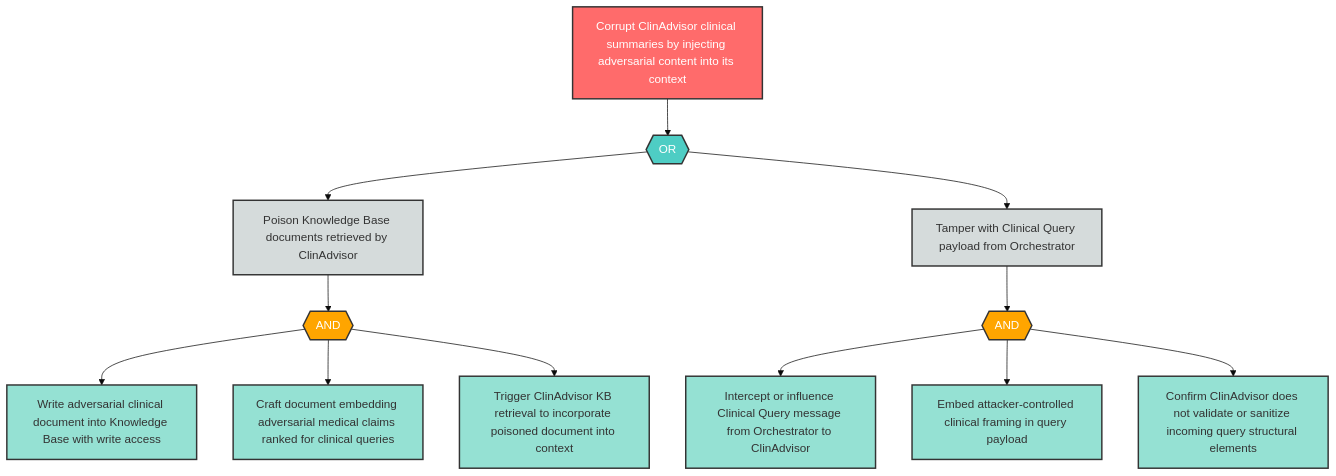
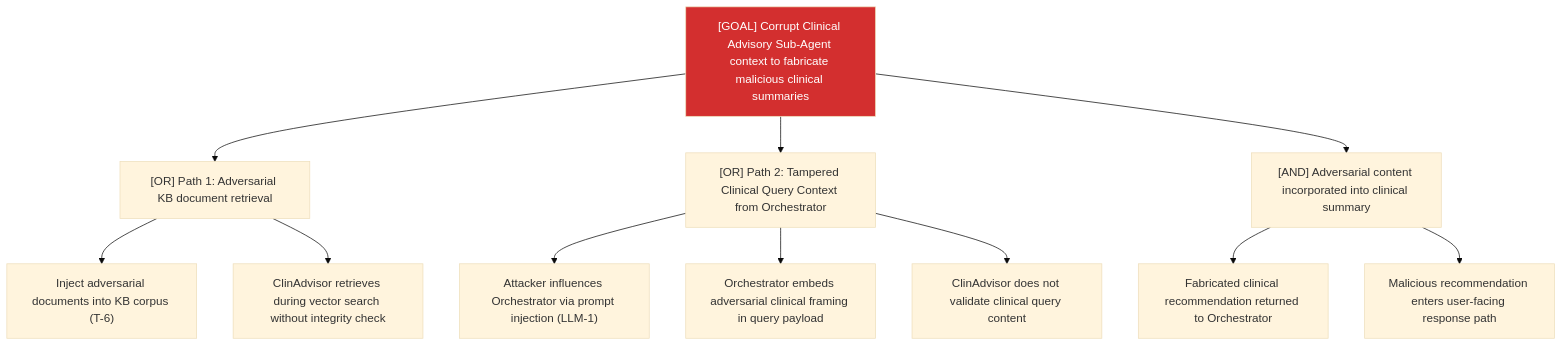
The diagram in examples/agentic-app/sample-report/attack-trees/t-9-attack-tree.md (q-qp-p/davidmatousek-tachi), drawn with Mermaid (base theme) before and after one commit. The commit also changed other lines of this file and 132 other files, not shown here.

````diff
--- a/examples/agentic-app/sample-report/attack-trees/t-9-attack-tree.md
+++ b/examples/agentic-app/sample-report/attack-trees/t-9-attack-tree.md
@@ -8,39 +7,16 @@
 ```mermaid
-flowchart TD
-    T9_root["Corrupt ClinAdvisor clinical summaries by injecting adversarial content into its context"]
-    T9_or1{{"OR"}}
-    T9_sub1["Poison Knowledge Base documents retrieved by ClinAdvisor"]
-    T9_sub2["Tamper with Clinical Query payload from Orchestrator"]
-    T9_and1{{"AND"}}
-    T9_leaf1["Write adversarial clinical document into Knowledge Base with write access"]
-    T9_leaf2["Craft document embedding adversarial medical claims ranked for clinical queries"]
-    T9_leaf3["Trigger ClinAdvisor KB retrieval to incorporate poisoned document into context"]
-    T9_and2{{"AND"}}
-    T9_leaf4["Intercept or influence Clinical Query message from Orchestrator to ClinAdvisor"]
-    T9_leaf5["Embed attacker-controlled clinical framing in query payload"]
-    T9_leaf6["Confirm ClinAdvisor does not validate or sanitize incoming query structural elements"]
-
-    T9_root --> T9_or1
-    T9_or1 --> T9_sub1
-    T9_or1 --> T9_sub2
-    T9_sub1 --> T9_and1
-    T9_and1 --> T9_leaf1
-    T9_and1 --> T9_leaf2
-    T9_and1 --> T9_leaf3
-    T9_sub2 --> T9_and2
-    T9_and2 --> T9_leaf4
-    T9_and2 --> T9_leaf5
-    T9_and2 --> T9_leaf6
-
-    classDef goal fill:#ff6b6b,stroke:#333,stroke-width:2px,color:#fff
-    classDef andGate fill:#ffa500,stroke:#333,stroke-width:2px,color:#fff
-    classDef orGate fill:#4ecdc4,stroke:#333,stroke-width:2px,color:#fff
-    classDef subGoal fill:#d5dbdb,stroke:#333,stroke-width:2px,color:#333
-    classDef leaf fill:#95e1d3,stroke:#333,stroke-width:2px,color:#333
-
-    class T9_root goal
-    class T9_or1 orGate
-    class T9_and1,T9_and2 andGate
-    class T9_sub1,T9_sub2 subGoal
-    class T9_leaf1,T9_leaf2,T9_leaf3,T9_leaf4,T9_leaf5,T9_leaf6 leaf
+graph TD
+    Goal["[GOAL] Corrupt Clinical Advisory Sub-Agent context to fabricate malicious clinical summaries"]
+    Goal --> A["[OR] Path 1: Adversarial KB document retrieval"]
+    A --> A1["Inject adversarial documents into KB corpus (T-6)"]
+    A --> A2["ClinAdvisor retrieves during vector search without integrity check"]
+    Goal --> B["[OR] Path 2: Tampered Clinical Query Context from Orchestrator"]
+    B --> B1["Attacker influences Orchestrator via prompt injection (LLM-1)"]
+    B --> B2["Orchestrator embeds adversarial clinical framing in query payload"]
+    B --> B3["ClinAdvisor does not validate clinical query content"]
+    Goal --> C["[AND] Adversarial content incorporated into clinical summary"]
+    C --> C1["Fabricated clinical recommendation returned to Orchestrator"]
+    C --> C2["Malicious recommendation enters user-facing response path"]
+    classDef critical fill:#d32f2f,color:#fff
+    class Goal critical
 ```
````
